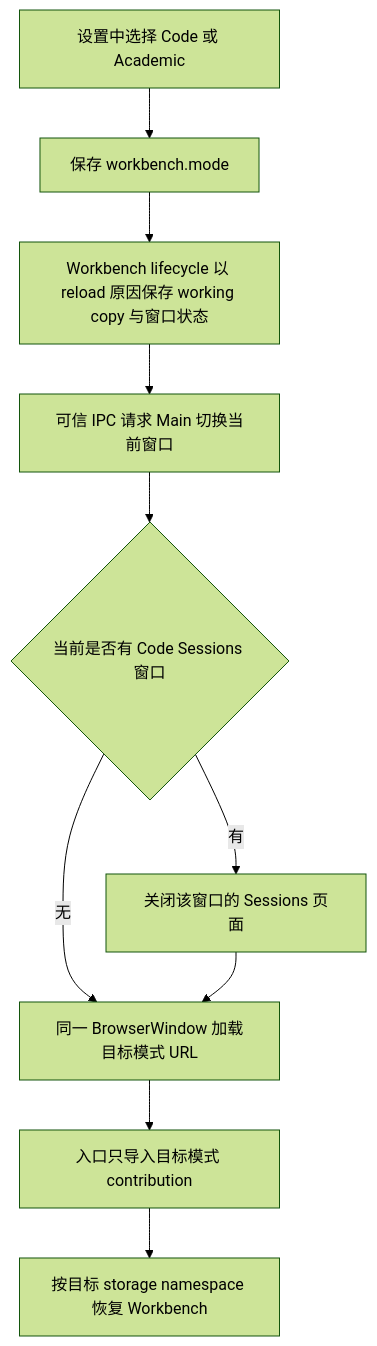
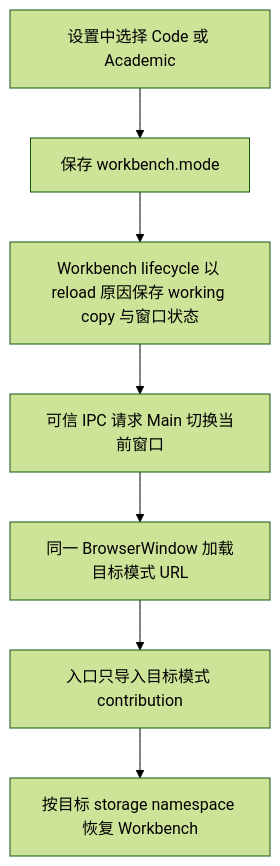
Before and after one commit to chogng/ash: the diagram in docs/workbench-modes.md, drawn with Mermaid (forest theme). The commit also changed other lines of this file and 52 other files, not shown here.

````diff
--- a/docs/workbench-modes.md
+++ b/docs/workbench-modes.md
@@ -32,12 +32,9 @@
 ```mermaid
 flowchart TD
     Select[设置中选择 Code 或 Academic] --> Persist[保存 workbench.mode]
     Persist --> Flush[Workbench lifecycle 以 reload 原因保存 working copy 与窗口状态]
     Flush --> Request[可信 IPC 请求 Main 切换当前窗口]
-    Request --> Close{当前是否有 Code Sessions 窗口}
-    Close -->|有| CloseSessions[关闭该窗口的 Sessions 页面]
-    Close -->|无| Load
-    CloseSessions --> Load[同一 BrowserWindow 加载目标模式 URL]
+    Request --> Load[同一 BrowserWindow 加载目标模式 URL]
     Load --> Assemble[入口只导入目标模式 contribution]
     Assemble --> Restore[按目标 storage namespace 恢复 Workbench]
 ```
````
